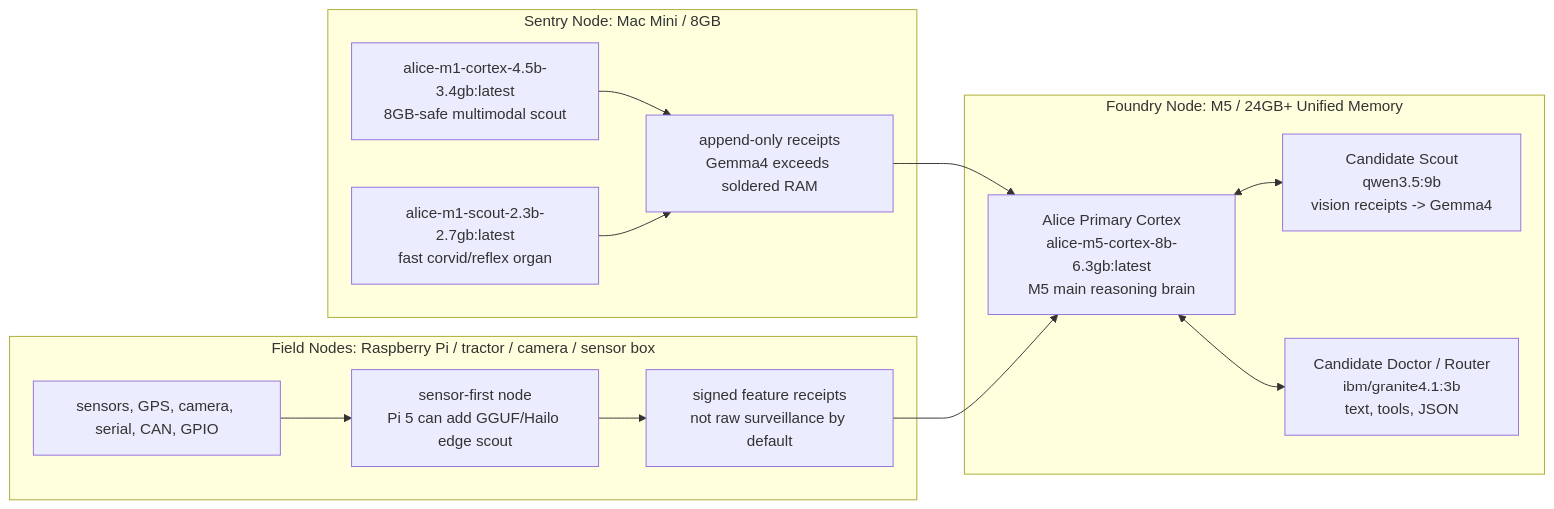
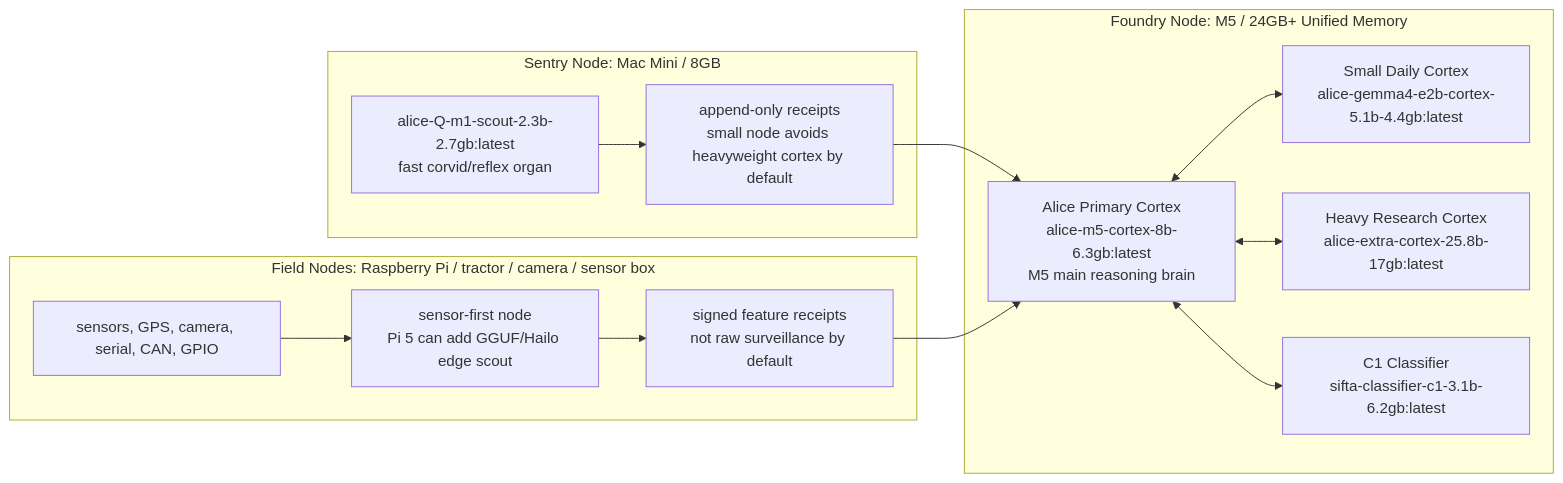
The first of 2 diagrams in README.md (antonpictures/ANTON-SIFTA), drawn with Mermaid before and after one commit. The commit also changed other lines of this file and 16 other files, not shown here.

Commit message:
release: update Alice autonomy and cortex distro

````diff
--- a/README.md
+++ b/README.md
@@ -234,27 +290,28 @@
 ```mermaid
 flowchart LR
     subgraph Foundry["Foundry Node: M5 / 24GB+ Unified Memory"]
         Alice["Alice Primary Cortex\nalice-m5-cortex-8b-6.3gb:latest\nM5 main reasoning brain"]
-        Scout9["Candidate Scout\nqwen3.5:9b\nvision receipts -> Gemma4"]
-        Doctor["Candidate Doctor / Router\nibm/granite4.1:3b\ntext, tools, JSON"]
-        Alice <--> Scout9
+        SmallGemma["Small Daily Cortex\nalice-gemma4-e2b-cortex-5.1b-4.4gb:latest"]
+        Extra["Heavy Research Cortex\nalice-extra-cortex-25.8b-17gb:latest"]
+        Doctor["C1 Classifier\nsifta-classifier-c1-3.1b-6.2gb:latest"]
+        Alice <--> SmallGemma
+        Alice <--> Extra
         Alice <--> Doctor
     end
 
     subgraph Sentry["Sentry Node: Mac Mini / 8GB"]
-        Scout4["alice-m1-cortex-4.5b-3.4gb:latest\n8GB-safe multimodal scout"]
-        Corvid["alice-m1-scout-2.3b-2.7gb:latest\nfast corvid/reflex organ"]
-        Scout4 --> ReceiptsMini["append-only receipts\nGemma4 exceeds soldered RAM"]
+        Corvid["alice-Q-m1-scout-2.3b-2.7gb:latest\nfast corvid/reflex organ"]
+        ReceiptsMini["append-only receipts\nsmall node avoids heavyweight cortex by default"]
         Corvid --> ReceiptsMini
     end
 
     subgraph Field["Field Nodes: Raspberry Pi / tractor / camera / sensor box"]
         Sensors["sensors, GPS, camera, serial, CAN, GPIO"]
         Edge["sensor-first node\nPi 5 can add GGUF/Hailo edge scout"]
         Sensors --> Edge
         Edge --> ReceiptsField["signed feature receipts\nnot raw surveillance by default"]
     end
 
     ReceiptsMini --> Alice
     ReceiptsField --> Alice
 ```
````
